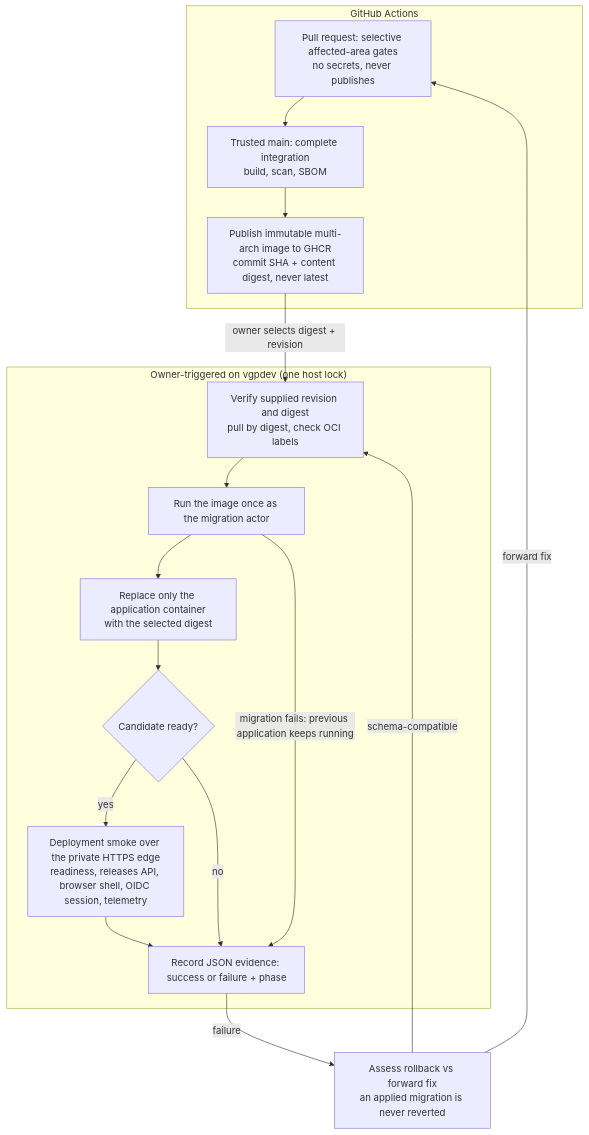
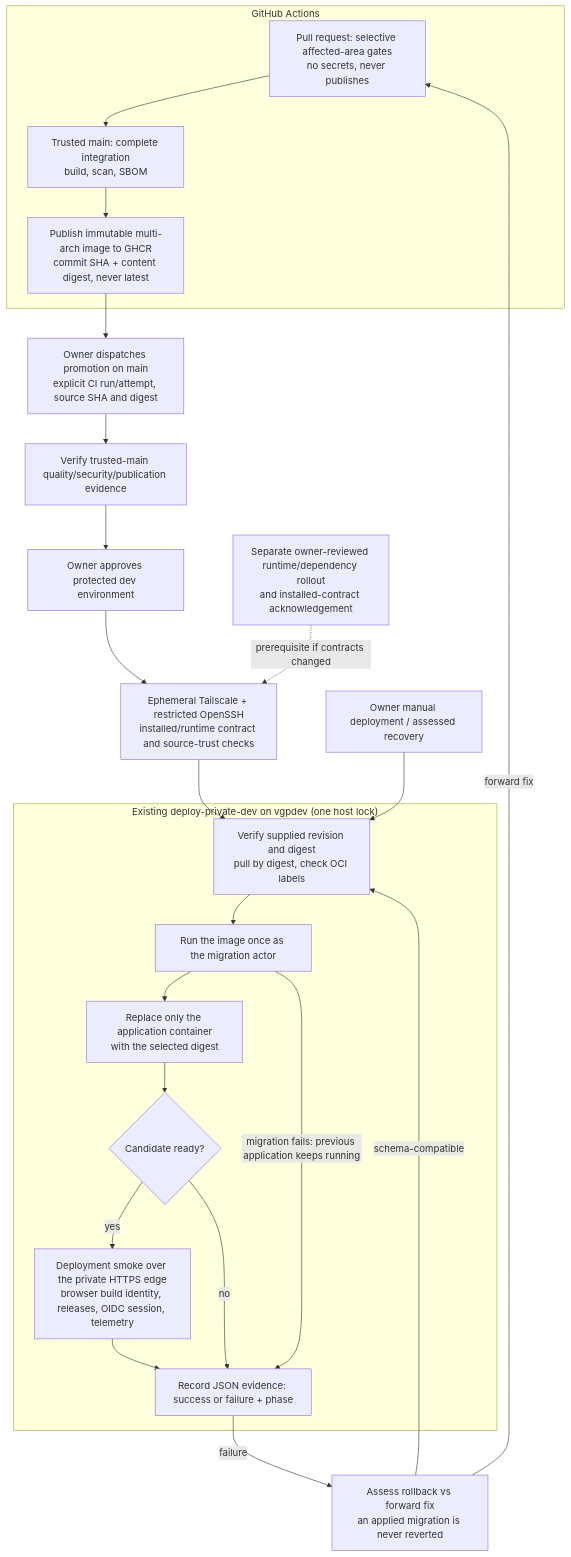
The diagram in docs/architecture/diagrams/mermaid/delivery-pipeline.mmd (rubhern/videogame-platform), drawn with Mermaid before and after one commit. The commit also changed 26 other files, not shown here.

Commit message:
Automate owner-approved private-dev application promotion

```diff
--- a/docs/architecture/diagrams/mermaid/delivery-pipeline.mmd
+++ b/docs/architecture/diagrams/mermaid/delivery-pipeline.mmd
@@ -1,25 +1,32 @@
 flowchart TD
     subgraph CI["GitHub Actions"]
         PR["Pull request: selective affected-area gates<br/>no secrets, never publishes"]
         Main["Trusted main: complete integration<br/>build, scan, SBOM"]
         GHCR["Publish immutable multi-arch image to GHCR<br/>commit SHA + content digest, never latest"]
         PR --> Main --> GHCR
     end
 
-    subgraph Deploy["Owner-triggered on vgpdev (one host lock)"]
+    Dispatch["Owner dispatches promotion on main<br/>explicit CI run/attempt, source SHA and digest"]
+    Evidence["Verify trusted-main quality/security/publication evidence"]
+    Approval["Owner approves protected dev environment"]
+    Connect["Ephemeral Tailscale + restricted OpenSSH<br/>installed/runtime contract and source-trust checks"]
+
+    subgraph Deploy["Existing deploy-private-dev on vgpdev (one host lock)"]
         Verify["Verify supplied revision and digest<br/>pull by digest, check OCI labels"]
         Migrate["Run the image once as the migration actor"]
         Replace["Replace only the application container<br/>with the selected digest"]
         Ready{"Candidate ready?"}
-        Smoke["Deployment smoke over the private HTTPS edge<br/>readiness, releases API, browser shell, OIDC session, telemetry"]
+        Smoke["Deployment smoke over the private HTTPS edge<br/>browser build identity, releases, OIDC session, telemetry"]
         Record["Record JSON evidence: success or failure + phase"]
         Verify --> Migrate --> Replace --> Ready
         Ready -->|yes| Smoke --> Record
         Ready -->|no| Record
     end
 
-    GHCR -->|owner selects digest + revision| Verify
+    GHCR --> Dispatch --> Evidence --> Approval --> Connect --> Verify
+    Manual["Owner manual deployment / assessed recovery"] --> Verify
+    Runtime["Separate owner-reviewed runtime/dependency rollout<br/>and installed-contract acknowledgement"] -. prerequisite if contracts changed .-> Connect
     Migrate -->|migration fails: previous application keeps running| Record
     Record -->|failure| Assess["Assess rollback vs forward fix<br/>an applied migration is never reverted"]
     Assess -->|schema-compatible| Verify
     Assess -->|forward fix| PR
```
